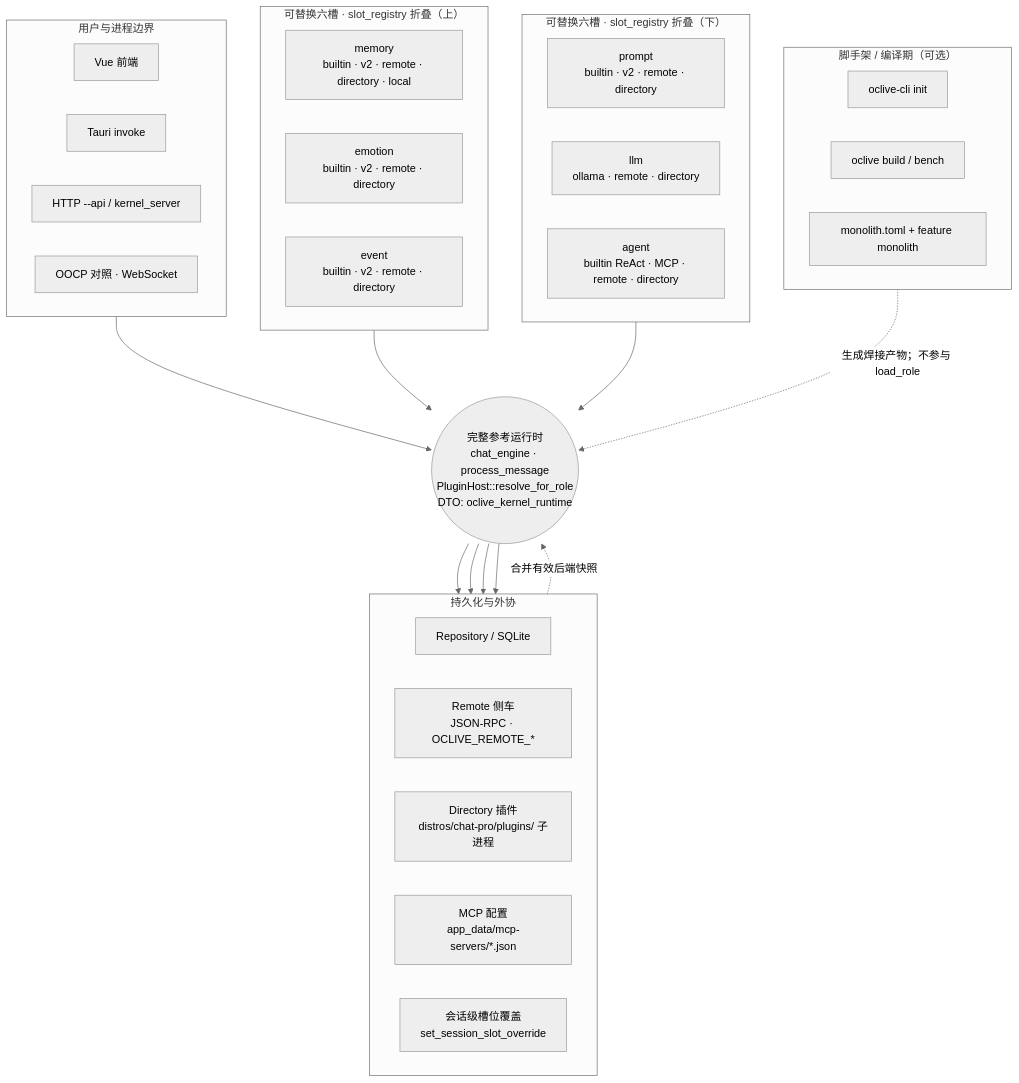
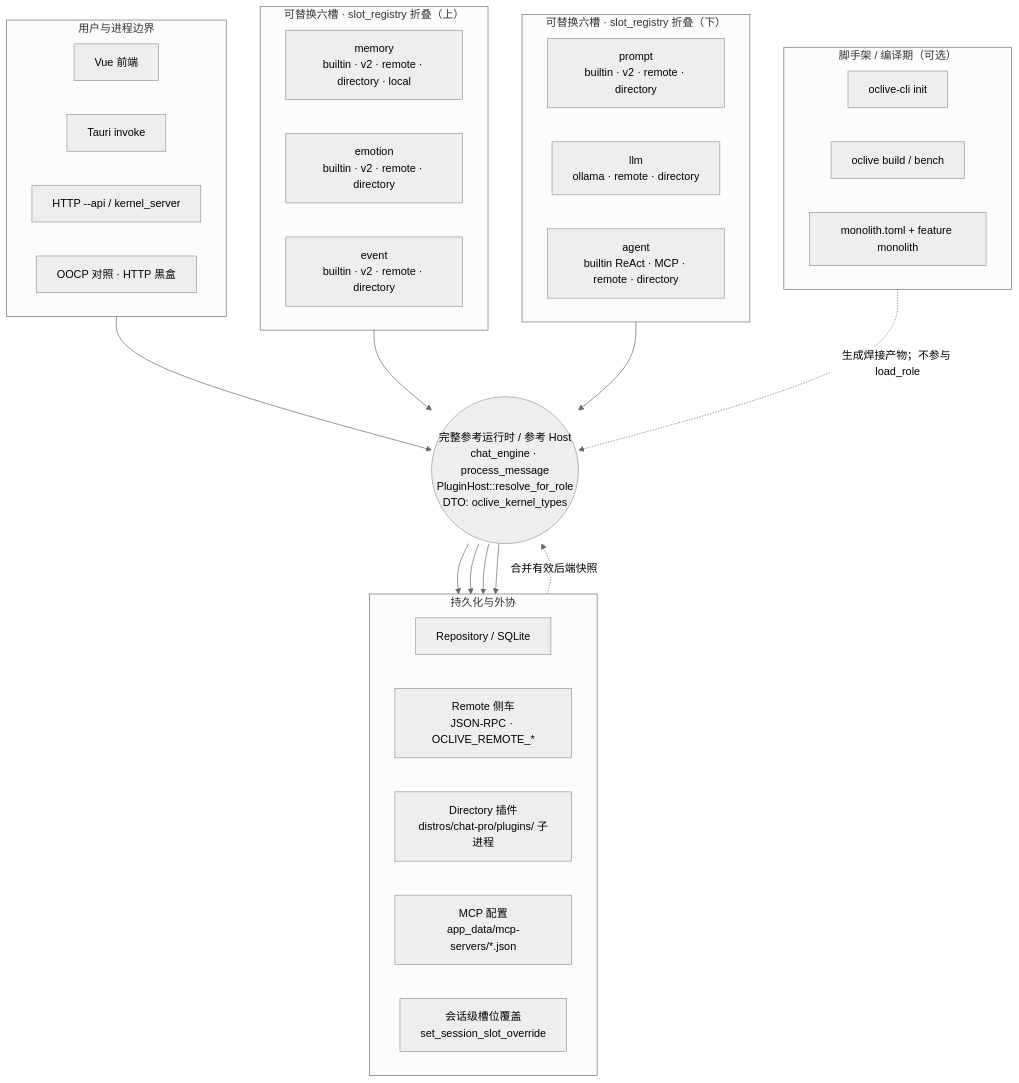
The first of 2 diagrams in creator-docs/getting-started/KERNEL_AND_MODULES_ARCHITECTURE.md (linkaiheng2233-cyber/oclivenewnew), drawn with Mermaid (neutral theme) before and after one commit. The commit also changed other lines of this file and 52 other files, not shown here.

Commit message:
docs: align kernel host boundaries and documentation ownership

````diff
--- a/creator-docs/getting-started/KERNEL_AND_MODULES_ARCHITECTURE.md
+++ b/creator-docs/getting-started/KERNEL_AND_MODULES_ARCHITECTURE.md
@@ -19,52 +19,52 @@
 ```mermaid
 flowchart TB
   subgraph boundary["用户与进程边界"]
     direction LR
     UI["Vue 前端"]
     TAURI["Tauri invoke"]
     API["HTTP --api / kernel_server"]
-    OOCP["OOCP 对照 · WebSocket"]
+    OOCP["OOCP 对照 · HTTP 黑盒"]
   end
 
   subgraph six_top["可替换六槽 · slot_registry 折叠（上）"]
     direction LR
     M["memory<br/>builtin · v2 · remote · directory · local"]
     EM["emotion<br/>builtin · v2 · remote · directory"]
     EV["event<br/>builtin · v2 · remote · directory"]
   end
 
-  K(("完整参考运行时<br/>chat_engine · process_message<br/>PluginHost::resolve_for_role<br/>DTO: oclive_kernel_runtime"))
+  K(("完整参考运行时 / 参考 Host<br/>chat_engine · process_message<br/>PluginHost::resolve_for_role<br/>DTO: oclive_kernel_types"))
 
   subgraph six_bot["可替换六槽 · slot_registry 折叠（下）"]
     direction LR
     PR["prompt<br/>builtin · v2 · remote · directory"]
     LL["llm<br/>ollama · remote · directory"]
     AG["agent<br/>builtin ReAct · MCP · remote · directory"]
   end
 
   subgraph infra["持久化与外协"]
     direction LR
     REPO["Repository / SQLite"]
     RMT["Remote 侧车<br/>JSON-RPC · OCLIVE_REMOTE_*"]
     DIR["Directory 插件<br/>distros/chat-pro/plugins/ 子进程"]
     MCP["MCP 配置<br/>app_data/mcp-servers/*.json"]
     SESS["会话级槽位覆盖<br/>set_session_slot_override"]
   end
 
   subgraph toolchain["脚手架 / 编译期（可选）"]
     direction LR
     OCLI["oclive-cli init"]
     BUILD["oclive build / bench"]
     MONO["monolith.toml + feature monolith"]
   end
 
   boundary --> K
   six_top --> K
   six_bot --> K
   K --> REPO
   K --> RMT
   K --> DIR
   K --> MCP
   SESS -.->|合并有效后端快照| K
   toolchain -.->|生成焊接产物；不参与 load_role| K
 ```
````
